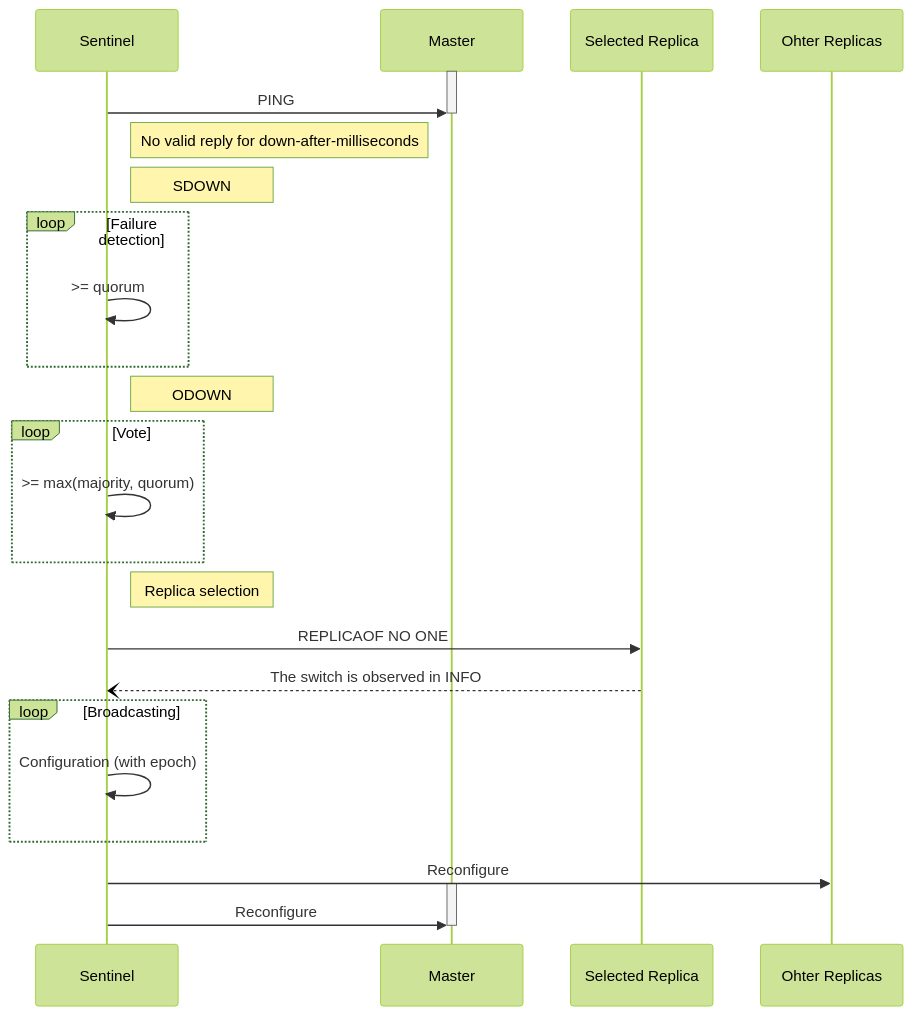
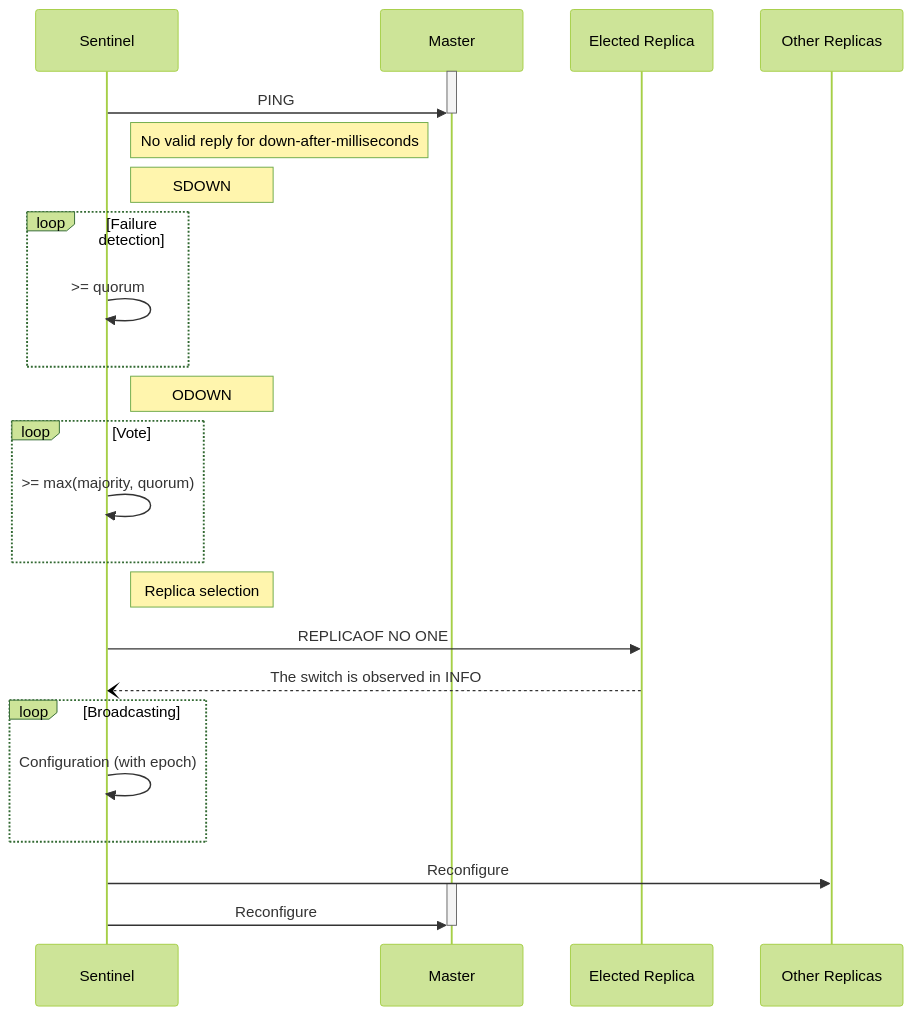
The third of 3 diagrams in _posts/2022-08-29-system-design.markdown (qinghaoh/qinghaoh.github.io), drawn with Mermaid (forest theme) before and after one commit. The commit also changed other lines of this file and 2 other files, not shown here.

````diff
--- a/_posts/2022-08-29-system-design.markdown
+++ b/_posts/2022-08-29-system-design.markdown
@@ -96,25 +153,25 @@
 ```mermaid
 sequenceDiagram
     activate Master
     Sentinel->>Master: PING
     deactivate Master
     Note right of Sentinel:  No valid reply for down-after-milliseconds
     Note right of Sentinel: SDOWN
     loop Failure detection
         Sentinel->>Sentinel: >= quorum
     end
     Note right of Sentinel: ODOWN
     loop Vote
         Sentinel->>Sentinel: >= max(majority, quorum)
     end
     Note right of Sentinel: Replica selection
-    Sentinel->>Selected Replica: REPLICAOF NO ONE
-    Selected Replica--)Sentinel: The switch is observed in INFO
+    Sentinel->>Elected Replica: REPLICAOF NO ONE
+    Elected Replica--)Sentinel: The switch is observed in INFO
     loop Broadcasting
         Sentinel->>Sentinel: Configuration (with epoch)
     end
-    Sentinel->>Ohter Replicas: Reconfigure
+    Sentinel->>Other Replicas: Reconfigure
     activate Master
     Sentinel->>Master: Reconfigure
     deactivate Master
 ```
````
